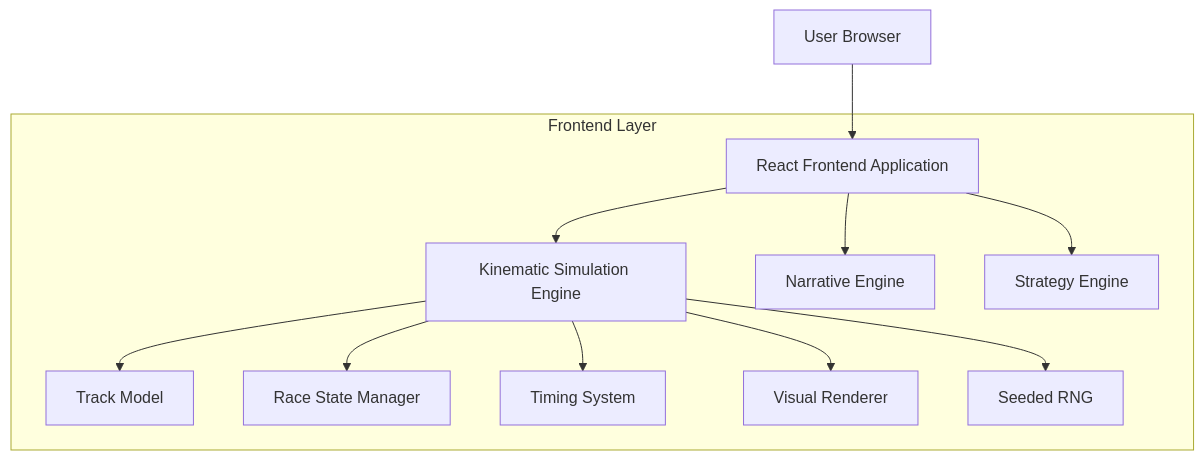
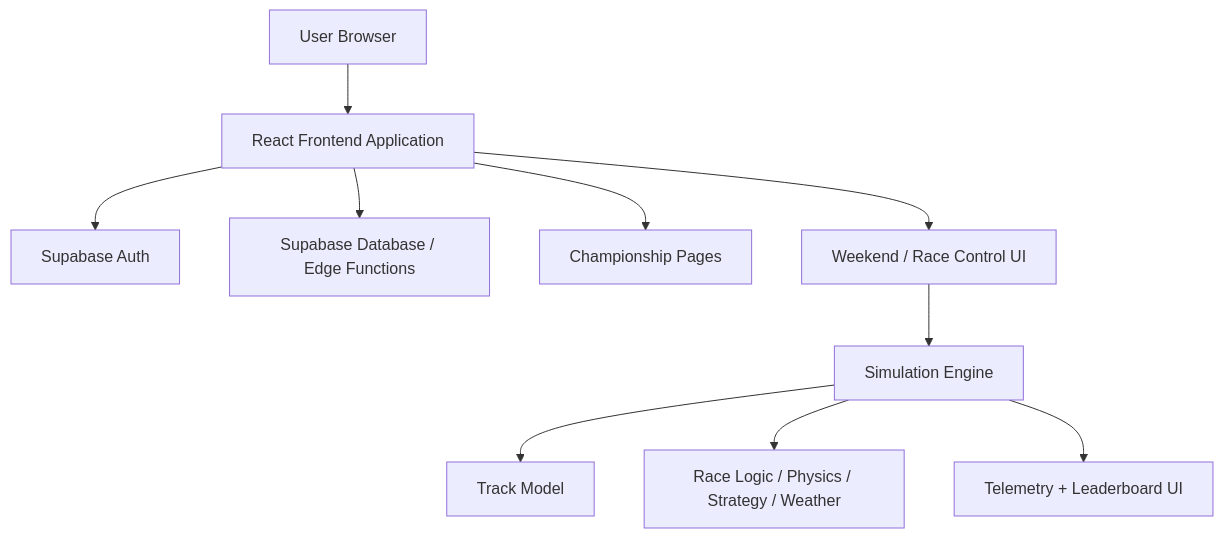
The diagram in docs/technical_architecture.md (ljlleo7-prog/Box-This-Lap), drawn with Mermaid before and after one commit. The commit also changed other lines of this file and 53 other files, not shown here.

Commit message:
v1.2.1 Complete Race Weekend

````diff
--- a/docs/technical_architecture.md
+++ b/docs/technical_architecture.md
@@ -3,24 +25,12 @@
 ```mermaid
 graph TD
     A[User Browser] --> B[React Frontend Application]
-    B --> C[Kinematic Simulation Engine]
-    C --> D[Track Model]
-    C --> E[Race State Manager]
-    C --> F[Timing System]
-    C --> G[Visual Renderer]
-    B --> H[Narrative Engine]
-    B --> I[Strategy Engine]
-    C --> J[Seeded RNG]
-
-    subgraph "Frontend Layer"
-        B
-        C
-        D
-        E
-        F
-        G
-        H
-        I
-        J
-    end
+    B --> C[Supabase Auth]
+    B --> D[Supabase Database / Edge Functions]
+    B --> E[Championship Pages]
+    B --> F[Weekend / Race Control UI]
+    F --> G[Simulation Engine]
+    G --> H[Track Model]
+    G --> I[Race Logic / Physics / Strategy / Weather]
+    G --> J[Telemetry + Leaderboard UI]
 ```
````
